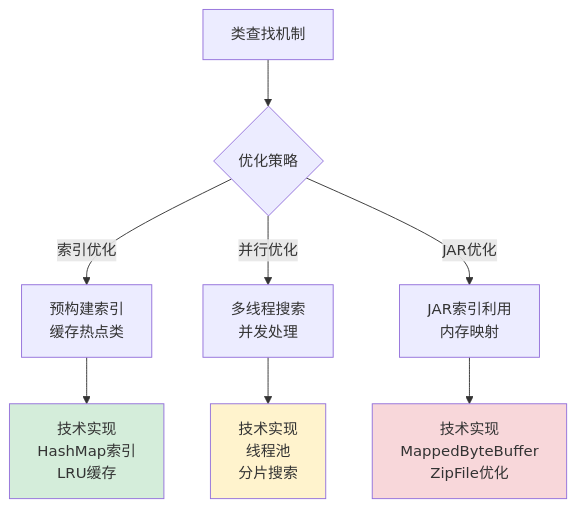
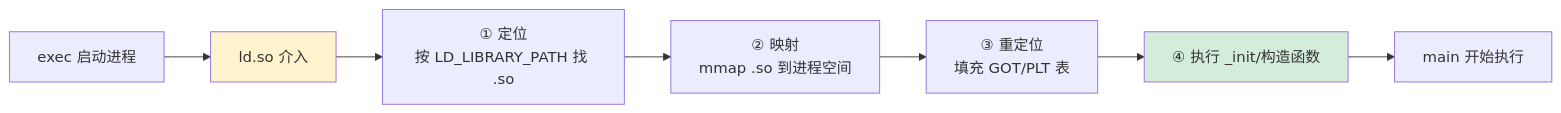
Before and after one commit to chongyang211/YCBookBlog: the tenth of 15 diagrams in docs/10.专栏/02.程序编程原理/03.运行时模型/01.类的加载核心原理.md, drawn with Mermaid. The commit also changed other lines of this file and 34 other files, not shown here.

````diff
--- a/docs/10.专栏/02.程序编程原理/03.运行时模型/01.类的加载核心原理.md
+++ b/docs/10.专栏/02.程序编程原理/03.运行时模型/01.类的加载核心原理.md
@@ -2080,15 +875,11 @@
 ```mermaid
-graph TB
-    A[类查找机制] --> B{优化策略}
-    B -->|索引优化| C[预构建索引<br/>缓存热点类]
-    B -->|并行优化| D[多线程搜索<br/>并发处理]
-    B -->|JAR优化| E[JAR索引利用<br/>内存映射]
-    
-    C --> C1[技术实现<br/>HashMap索引<br/>LRU缓存]
-    D --> D1[技术实现<br/>线程池<br/>分片搜索]
-    E --> E1[技术实现<br/>MappedByteBuffer<br/>ZipFile优化]
-    
-    style C1 fill:#d4edda
-    style D1 fill:#fff3cd
-    style E1 fill:#f8d7da
+flowchart LR
+    A[exec 启动进程] --> B[ld.so 介入]
+    B --> C[① 定位<br/>按 LD_LIBRARY_PATH 找 .so]
+    C --> D[② 映射<br/>mmap .so 到进程空间]
+    D --> E[③ 重定位<br/>填充 GOT/PLT 表]
+    E --> F[④ 执行 _init/构造函数]
+    F --> G[main 开始执行]
+    style B fill:#fff3cd
+    style F fill:#d4edda
 ```
````
